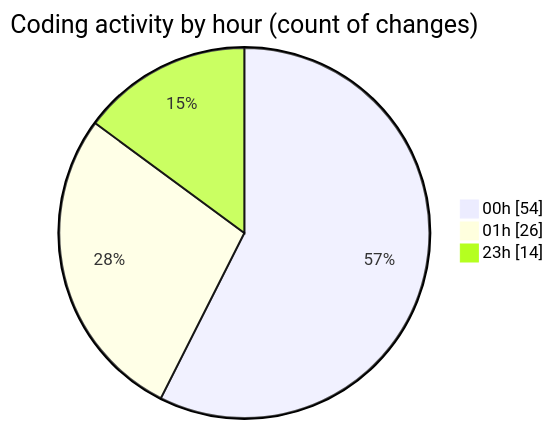
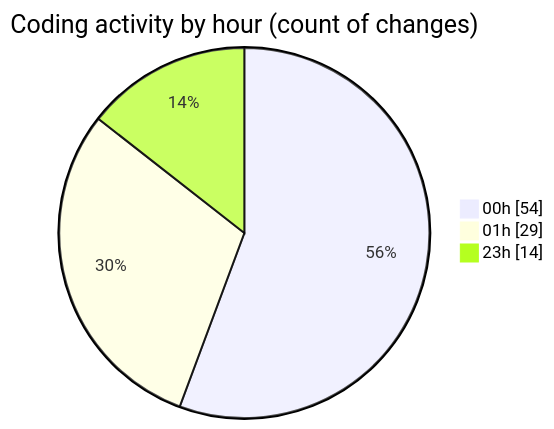
The second of 2 diagrams in 2025-08-20/quytuthien_vn/README.md (lephambinh05/code-tracking), drawn with Mermaid before and after one commit. The commit also changed other lines of this file and 1 other file, not shown here.

````diff
--- a/2025-08-20/quytuthien_vn/README.md
+++ b/2025-08-20/quytuthien_vn/README.md
@@ -82,7 +82,7 @@
 ```mermaid
 pie showData
 title Coding activity by hour (count of changes)
 "00h" : 54
-"01h" : 26
+"01h" : 29
 "23h" : 14
 ```
````
